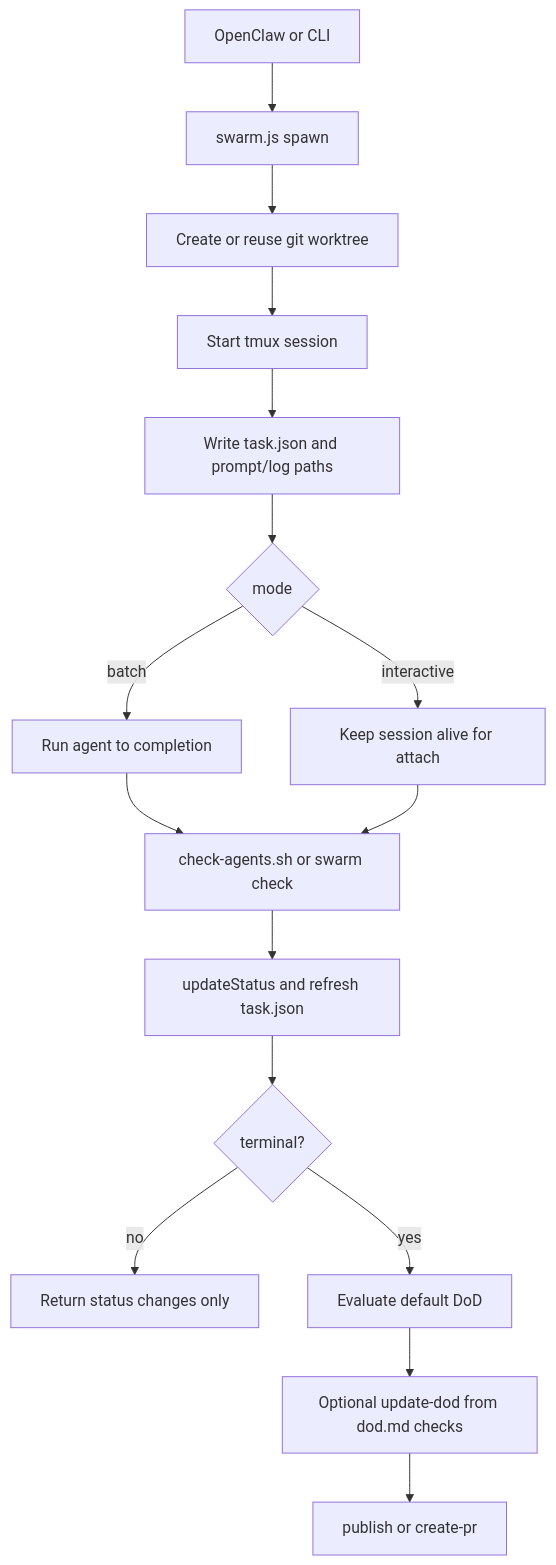
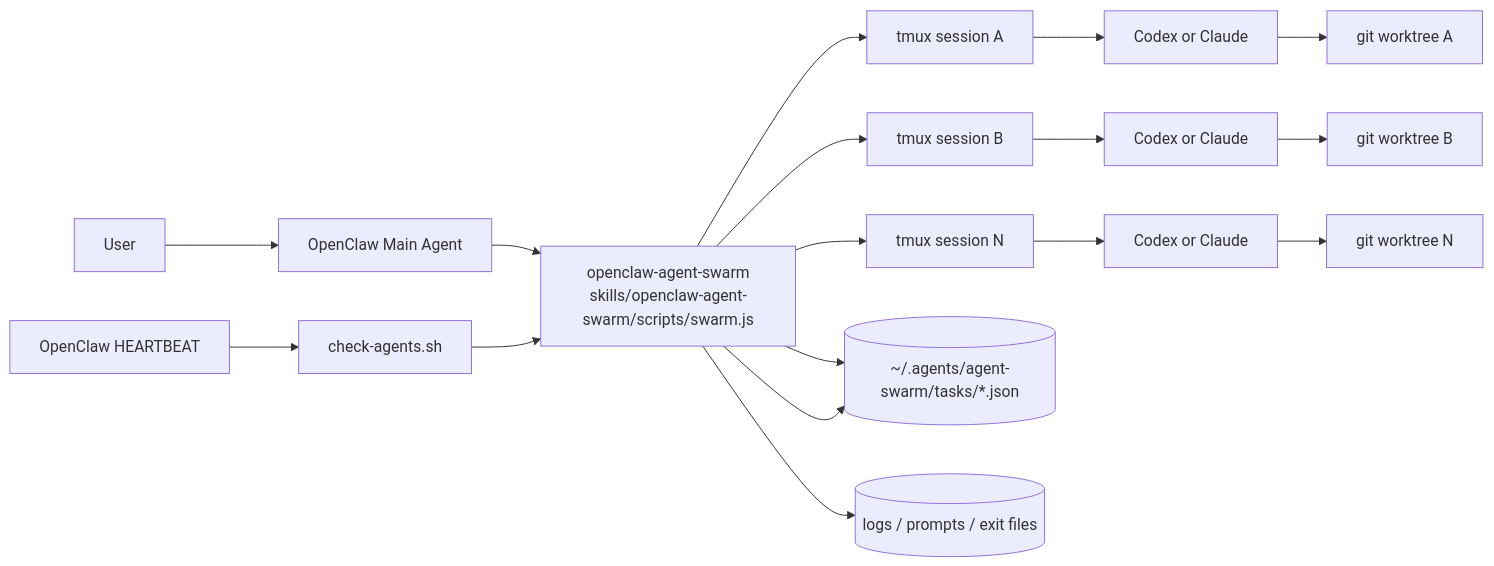
The first of 2 diagrams in README.md (youzaiAGI/openclaw-agent-swarm-skills), drawn with Mermaid before and after one commit. The commit also changed other lines of this file and 1 other file, not shown here.

````diff
--- a/README.md
+++ b/README.md
@@ -15,18 +49,24 @@
 ```mermaid
-flowchart TD
-    A[OpenClaw or CLI] --> B[swarm.js spawn]
-    B --> C[Create or reuse git worktree]
-    C --> D[Start tmux session]
-    D --> E[Write task.json and prompt/log paths]
-    E --> F{mode}
-    F -->|batch| G[Run agent to completion]
-    F -->|interactive| H[Keep session alive for attach]
-    G --> I[check-agents.sh or swarm check]
-    H --> I
-    I --> J[updateStatus and refresh task.json]
-    J --> K{terminal?}
-    K -->|no| L[Return status changes only]
-    K -->|yes| M[Evaluate default DoD]
-    M --> N[Optional update-dod from dod.md checks]
-    N --> O[publish or create-pr]
+flowchart LR
+    U[User] --> OC[OpenClaw Main Agent]
+    OC --> S[openclaw-agent-swarm\nskills/openclaw-agent-swarm/scripts/swarm.js]
+
+    S --> T1[tmux session A]
+    S --> T2[tmux session B]
+    S --> T3[tmux session N]
+
+    T1 --> A1[Codex or Claude]
+    T2 --> A2[Codex or Claude]
+    T3 --> A3[Codex or Claude]
+
+    A1 --> W1[git worktree A]
+    A2 --> W2[git worktree B]
+    A3 --> W3[git worktree N]
+
+    S --> R[(~/.agents/agent-swarm/tasks/*.json)]
+    S --> L[(logs / prompts / exit files)]
+
+    HB[OpenClaw HEARTBEAT] --> CK[check-agents.sh]
+    CK --> S
+    S --> R
 ```
````
